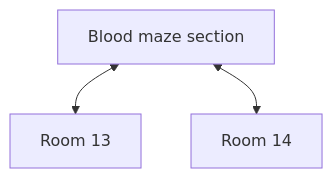
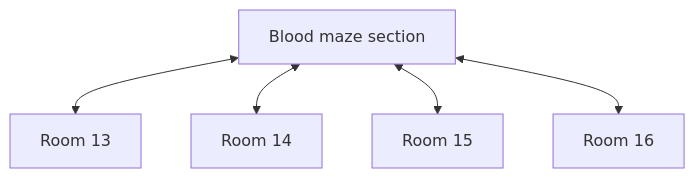
Before and after one commit to SlothBorg/Dungeon23: the fourth of 4 diagrams in Dungeon/Level_03/README.md, drawn with Mermaid. The commit also changed 4 other files, not shown here.

````diff
--- a/Dungeon/Level_03/README.md
+++ b/Dungeon/Level_03/README.md
@@ -39,6 +39,8 @@
 ```mermaid
 flowchart TD
     Blood[Blood maze section] <-->C13[Room 13]
     Blood <--> C14[Room 14]
+    Blood <--> C15[Room 15]
+    Blood <--> C16[Room 16]
 
 ```
````
